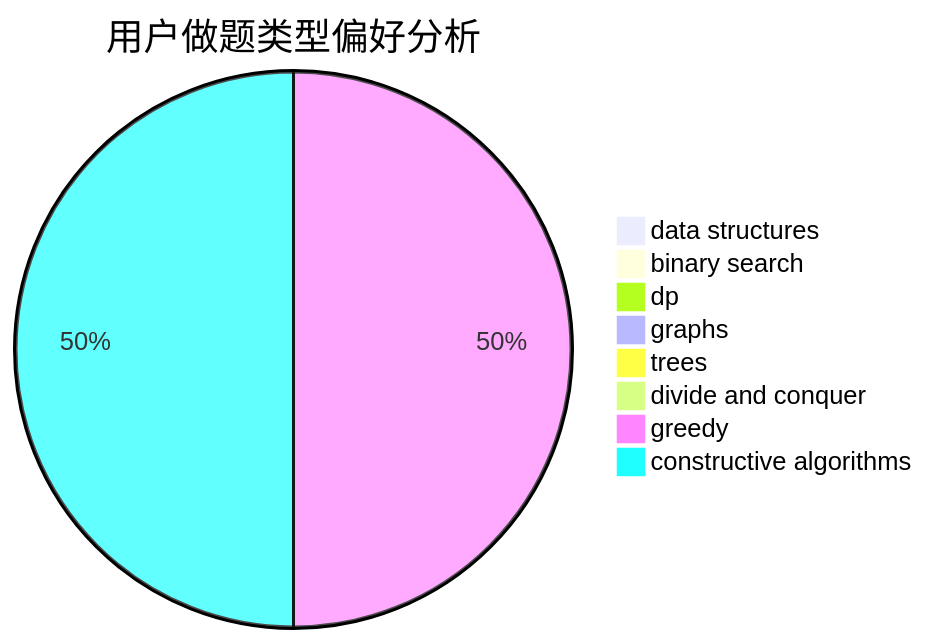
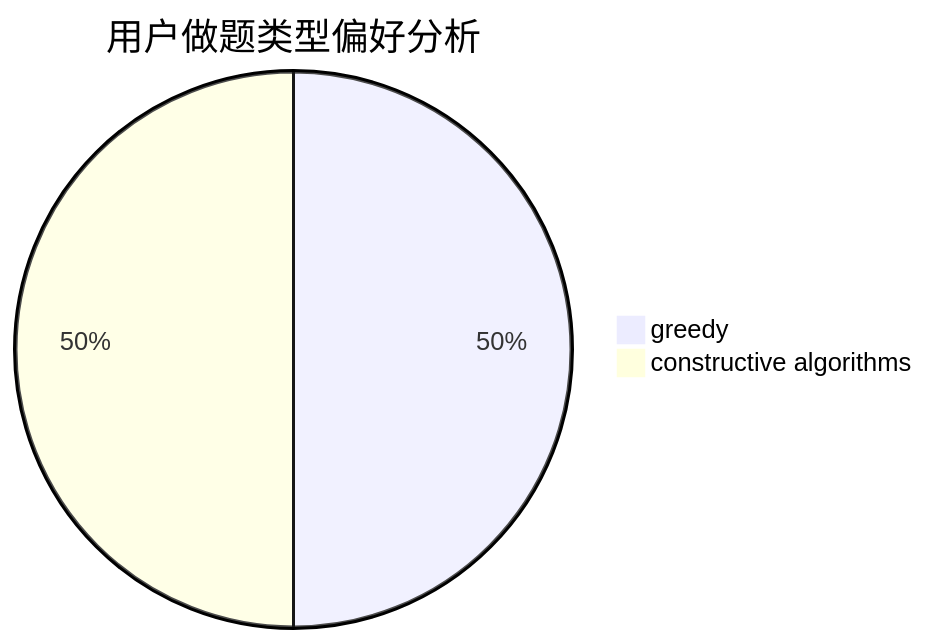
One commit to sherpahu/cfrs.github.io changed the second of 3 diagrams in docs/user/u829.md. Above: the diagram before and after it, drawn with Mermaid. The commit also changed other lines of this file and 2770 other files, not shown here.

````diff
--- a/docs/user/u829.md
+++ b/docs/user/u829.md
@@ -18,11 +15,5 @@
 ```mermaid
 pie title 用户做题类型偏好分析
-    "data structures" :  0
-    "binary search" :  0
-    "dp" :  0
-    "graphs" :  0
-    "trees" :  0
-    "divide and conquer" :  0
     "greedy" :  2
     "constructive algorithms" :  2
 ```
````
